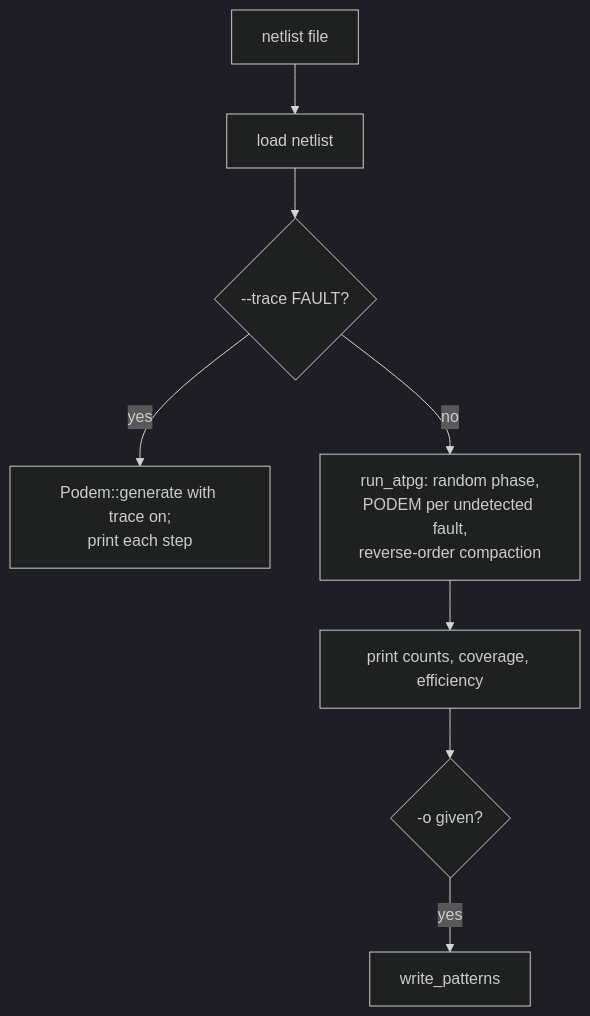
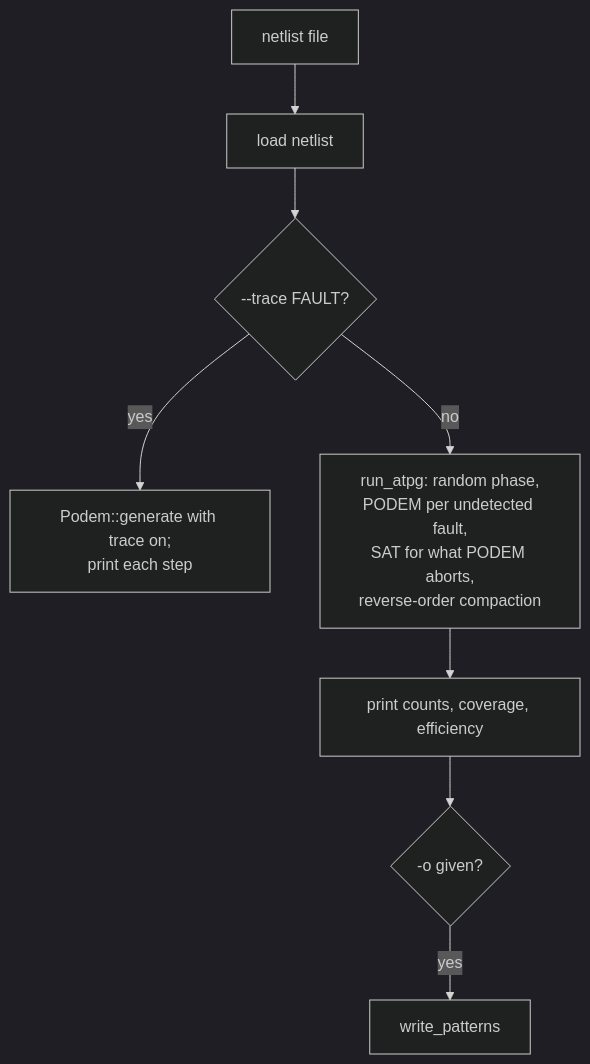
The seventh of 10 diagrams in docs/architecture.md (rithlean/rithereal), drawn with Mermaid (dark theme) before and after one commit. The commit also changed other lines of this file and 11 other files, not shown here.

First line of the commit message:
Phase 4 step 3: SAT fallback for faults PODEM aborts

````diff
--- a/docs/architecture.md
+++ b/docs/architecture.md
@@ -164,10 +164,10 @@
 ```mermaid
 flowchart TB
   F["netlist file"] --> L["load netlist"]
   L --> T{"--trace FAULT?"}
   T -->|yes| TR["Podem::generate with trace on;<br/>print each step"]
-  T -->|no| R["run_atpg: random phase,<br/>PODEM per undetected fault,<br/>reverse-order compaction"]
+  T -->|no| R["run_atpg: random phase,<br/>PODEM per undetected fault,<br/>SAT for what PODEM aborts,<br/>reverse-order compaction"]
   R --> P["print counts, coverage, efficiency"]
   P --> O{"-o given?"}
   O -->|yes| W["write_patterns"]
 ```
````
